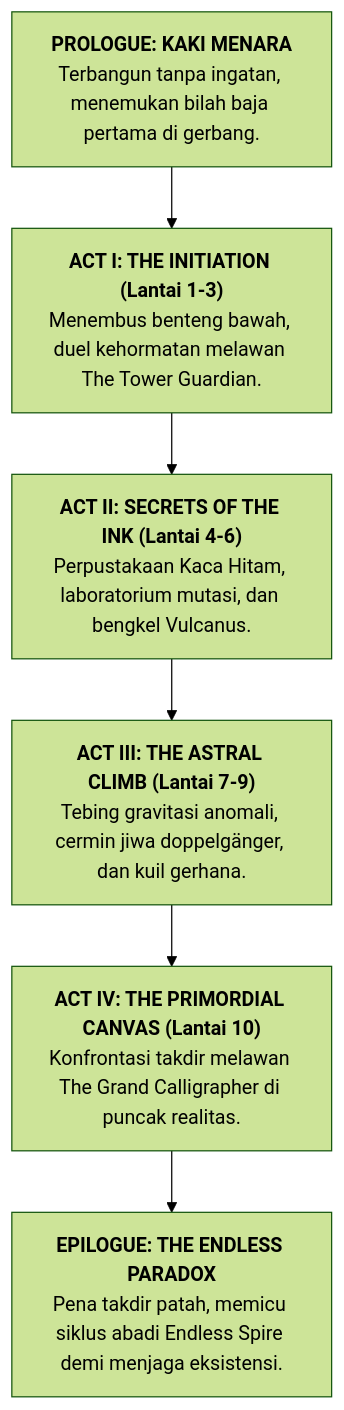
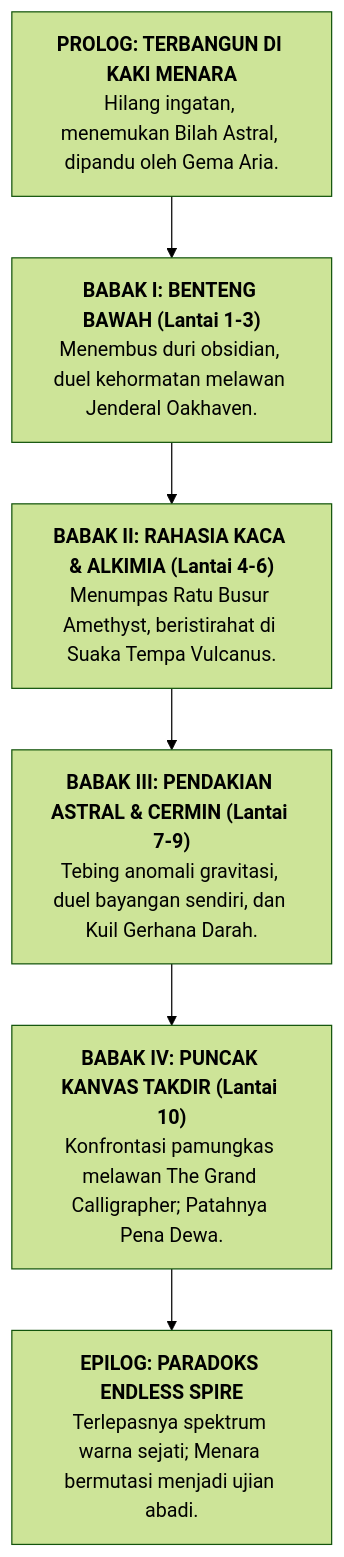
One commit to muhammadyusuftechid-star/stickman-tower-adventure changed the diagram in LORE_AND_WORLDBUILDING.md. Above: the diagram before and after it, drawn with Mermaid (forest theme). The commit also changed other lines of this file and 3 other files, not shown here.

````diff
--- a/LORE_AND_WORLDBUILDING.md
+++ b/LORE_AND_WORLDBUILDING.md
@@ -57,8 +68,8 @@
 ```mermaid
 graph TD
-    A["<b>PROLOGUE: KAKI MENARA</b><br/>Terbangun tanpa ingatan, menemukan bilah baja pertama di gerbang."] --> B["<b>ACT I: THE INITIATION (Lantai 1-3)</b><br/>Menembus benteng bawah, duel kehormatan melawan The Tower Guardian."]
-    B --> C["<b>ACT II: SECRETS OF THE INK (Lantai 4-6)</b><br/>Perpustakaan Kaca Hitam, laboratorium mutasi, dan bengkel Vulcanus."]
-    C --> D["<b>ACT III: THE ASTRAL CLIMB (Lantai 7-9)</b><br/>Tebing gravitasi anomali, cermin jiwa doppelgänger, dan kuil gerhana."]
-    D --> E["<b>ACT IV: THE PRIMORDIAL CANVAS (Lantai 10)</b><br/>Konfrontasi takdir melawan The Grand Calligrapher di puncak realitas."]
-    E --> F["<b>EPILOGUE: THE ENDLESS PARADOX</b><br/>Pena takdir patah, memicu siklus abadi Endless Spire demi menjaga eksistensi."]
+    A["<b>PROLOG: TERBANGUN DI KAKI MENARA</b><br/>Hilang ingatan, menemukan Bilah Astral, dipandu oleh Gema Aria."] --> B["<b>BABAK I: BENTENG BAWAH (Lantai 1-3)</b><br/>Menembus duri obsidian, duel kehormatan melawan Jenderal Oakhaven."]
+    B --> C["<b>BABAK II: RAHASIA KACA & ALKIMIA (Lantai 4-6)</b><br/>Menumpas Ratu Busur Amethyst, beristirahat di Suaka Tempa Vulcanus."]
+    C --> D["<b>BABAK III: PENDAKIAN ASTRAL & CERMIN (Lantai 7-9)</b><br/>Tebing anomali gravitasi, duel bayangan sendiri, dan Kuil Gerhana Darah."]
+    D --> E["<b>BABAK IV: PUNCAK KANVAS TAKDIR (Lantai 10)</b><br/>Konfrontasi pamungkas melawan The Grand Calligrapher; Patahnya Pena Dewa."]
+    E --> F["<b>EPILOG: PARADOKS ENDLESS SPIRE</b><br/>Terlepasnya spektrum warna sejati; Menara bermutasi menjadi ujian abadi."]
 ```
````
